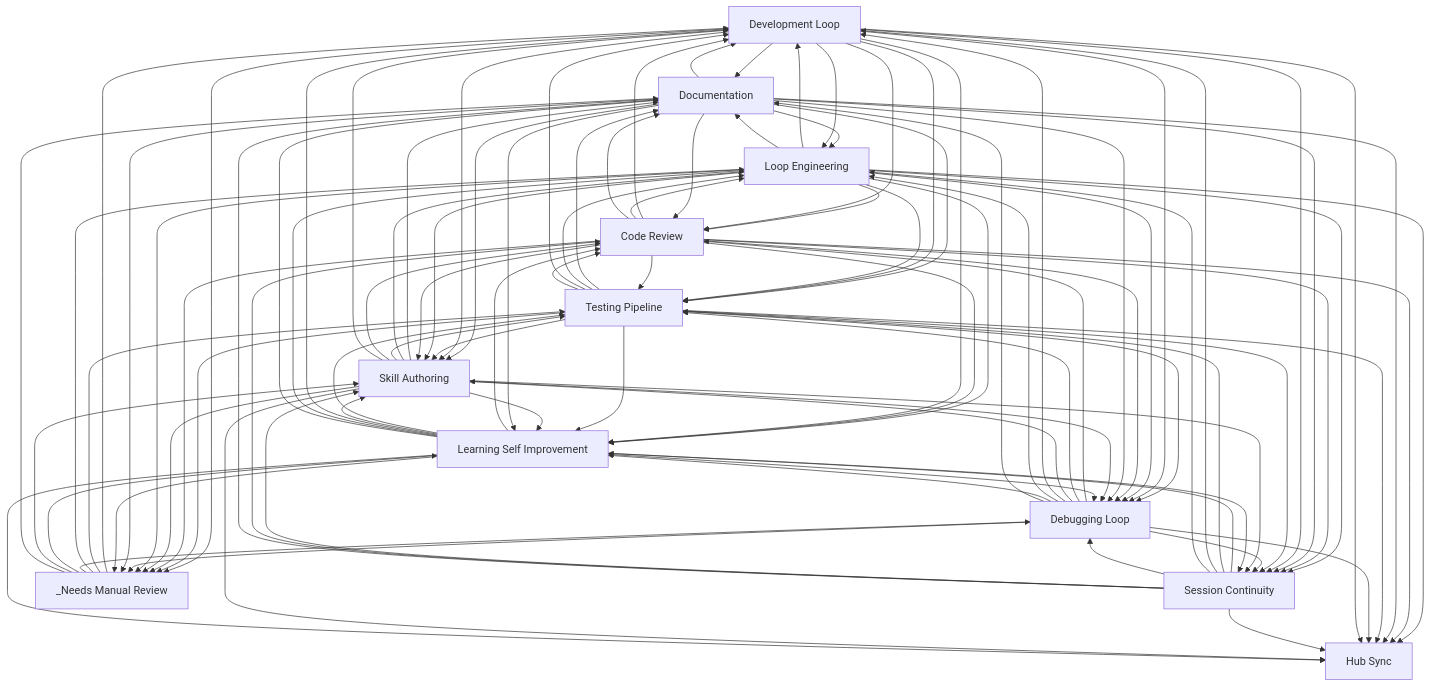
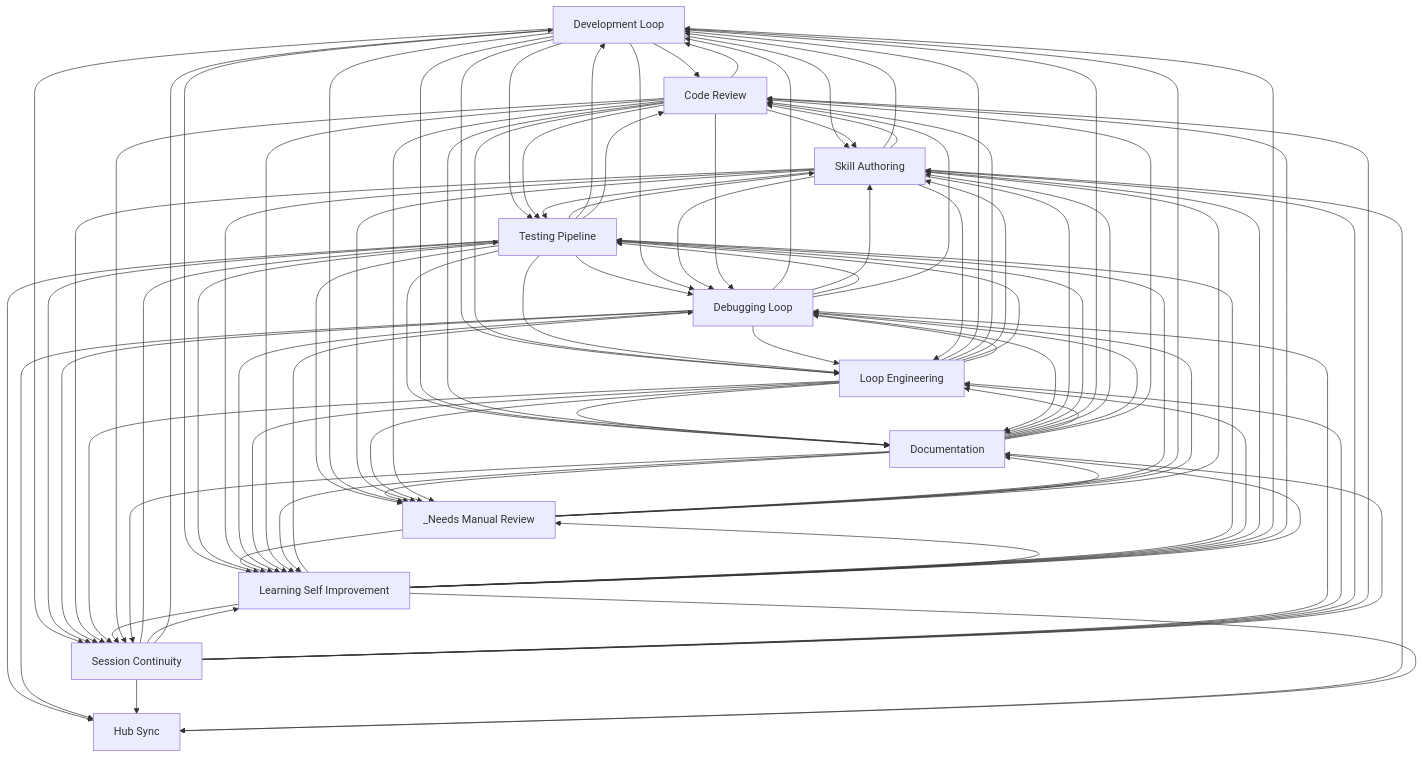
One commit to abhayla/claude-best-practices changed the diagram in docs/workflows/INDEX.md. Above: the diagram before and after it, drawn with Mermaid. The commit also changed other lines of this file and 56 other files, not shown here.

````diff
--- a/docs/workflows/INDEX.md
+++ b/docs/workflows/INDEX.md
@@ -33,100 +33,94 @@
     documentation[Documentation]
     hub_sync[Hub Sync]
     _needs_manual_review[_Needs Manual Review]
-    skill_authoring --> documentation
-    development_loop --> documentation
-    testing_pipeline --> documentation
-    skill_authoring --> loop_engineering
-    skill_authoring --> testing_pipeline
-    documentation --> loop_engineering
-    documentation --> skill_authoring
-    documentation --> testing_pipeline
-    development_loop --> loop_engineering
+    loop_engineering --> development_loop
+    loop_engineering --> code_review
+    loop_engineering --> skill_authoring
+    loop_engineering --> testing_pipeline
+    development_loop --> code_review
     development_loop --> skill_authoring
     development_loop --> testing_pipeline
+    development_loop --> loop_engineering
+    code_review --> development_loop
+    code_review --> skill_authoring
+    code_review --> testing_pipeline
+    code_review --> loop_engineering
+    testing_pipeline --> skill_authoring
+    skill_authoring --> testing_pipeline
+    testing_pipeline --> development_loop
+    _needs_manual_review --> testing_pipeline
+    _needs_manual_review --> development_loop
+    testing_pipeline --> debugging_loop
     testing_pipeline --> loop_engineering
-    testing_pipeline --> skill_authoring
-    loop_engineering --> code_review
-    loop_engineering --> testing_pipeline
-    loop_engineering --> skill_authoring
-    loop_engineering --> development_loop
-    code_review --> testing_pipeline
-    code_review --> skill_authoring
-    code_review --> development_loop
-    code_review --> loop_engineering
-    development_loop --> code_review
-    loop_engineering --> learning_self_improvement
-    code_review --> learning_self_improvement
-    development_loop --> learning_self_improvement
-    _needs_manual_review --> development_loop
-    _needs_manual_review --> testing_pipeline
-    testing_pipeline --> development_loop
-    _needs_manual_review --> loop_engineering
-    _needs_manual_review --> debugging_loop
-    testing_pipeline --> debugging_loop
     testing_pipeline --> code_review
-    debugging_loop --> code_review
+    testing_pipeline --> documentation
+    debugging_loop --> development_loop
+    debugging_loop --> skill_authoring
     debugging_loop --> testing_pipeline
-    debugging_loop --> skill_authoring
-    debugging_loop --> development_loop
     debugging_loop --> loop_engineering
     development_loop --> debugging_loop
+    development_loop --> documentation
+    loop_engineering --> documentation
+    skill_authoring --> loop_engineering
+    skill_authoring --> development_loop
+    skill_authoring --> code_review
+    documentation --> testing_pipeline
     documentation --> development_loop
+    documentation --> skill_authoring
+    testing_pipeline --> _needs_manual_review
+    development_loop --> _needs_manual_review
+    code_review --> documentation
+    development_loop --> session_continuity
+    development_loop --> learning_self_improvement
+    session_continuity --> testing_pipeline
+    session_continuity --> learning_self_improvement
+    testing_pipeline --> learning_self_improvement
+    _needs_manual_review --> learning_self_improvement
     loop_engineering --> debugging_loop
-    loop_engineering --> documentation
-    skill_authoring --> code_review
-    skill_authoring --> development_loop
-    testing_pipeline --> learning_self_improvement
+    testing_pipeline --> session_continuity
+    testing_pipeline --> hub_sync
+    debugging_loop --> session_continuity
+    debugging_loop --> hub_sync
+    debugging_loop --> code_review
+    debugging_loop --> documentation
+    session_continuity --> development_loop
+    skill_authoring --> session_continuity
     skill_authoring --> learning_self_improvement
-    development_loop --> _needs_manual_review
-    testing_pipeline --> _needs_manual_review
-    code_review --> debugging_loop
-    documentation --> code_review
-    documentation --> debugging_loop
-    loop_engineering --> hub_sync
+    session_continuity --> debugging_loop
+    session_continuity --> loop_engineering
+    skill_authoring --> debugging_loop
     loop_engineering --> session_continuity
-    code_review --> hub_sync
-    code_review --> documentation
-    code_review --> session_continuity
-    documentation --> hub_sync
-    documentation --> session_continuity
-    development_loop --> session_continuity
-    session_continuity --> learning_self_improvement
-    session_continuity --> testing_pipeline
-    _needs_manual_review --> learning_self_improvement
-    testing_pipeline --> session_continuity
-    debugging_loop --> session_continuity
+    _needs_manual_review --> debugging_loop
     debugging_loop --> learning_self_improvement
-    testing_pipeline --> hub_sync
-    debugging_loop --> hub_sync
-    debugging_loop --> documentation
-    development_loop --> hub_sync
-    documentation --> learning_self_improvement
-    skill_authoring --> session_continuity
-    session_continuity --> development_loop
-    skill_authoring --> debugging_loop
-    session_continuity --> loop_engineering
-    session_continuity --> debugging_loop
-    learning_self_improvement --> code_review
+    skill_authoring --> documentation
+    _needs_manual_review --> documentation
+    _needs_manual_review --> skill_authoring
+    documentation --> _needs_manual_review
+    learning_self_improvement --> session_continuity
+    learning_self_improvement --> debugging_loop
     learning_self_improvement --> testing_pipeline
+    learning_self_improvement --> loop_engineering
     learning_self_improvement --> skill_authoring
     learning_self_improvement --> development_loop
-    learning_self_improvement --> loop_engineering
-    learning_self_improvement --> debugging_loop
+    learning_self_improvement --> code_review
+    learning_self_improvement --> documentation
+    skill_authoring --> _needs_manual_review
+    session_continuity --> skill_authoring
+    session_continuity --> hub_sync
+    session_continuity --> code_review
+    session_continuity --> documentation
+    learning_self_improvement --> _needs_manual_review
+    skill_authoring --> hub_sync
+    learning_self_improvement --> hub_sync
+    loop_engineering --> learning_self_improvement
+    loop_engineering --> _needs_manual_review
+    code_review --> debugging_loop
+    documentation --> loop_engineering
+    documentation --> debugging_loop
+    documentation --> code_review
+    code_review --> session_continuity
+    code_review --> learning_self_improvement
+    documentation --> session_continuity
+    documentation --> learning_self_improvement
     code_review --> _needs_manual_review
-    skill_authoring --> _needs_manual_review
-    loop_engineering --> _needs_manual_review
-    debugging_loop --> _needs_manual_review
-    _needs_manual_review --> skill_authoring
-    _needs_manual_review --> documentation
-    learning_self_improvement --> session_continuity
-    documentation --> _needs_manual_review
-    session_continuity --> skill_authoring
-    learning_self_improvement --> documentation
-    session_continuity --> code_review
-    session_continuity --> hub_sync
-    session_continuity --> documentation
-    skill_authoring --> hub_sync
-    learning_self_improvement --> _needs_manual_review
-    learning_self_improvement --> hub_sync
 ```
````
